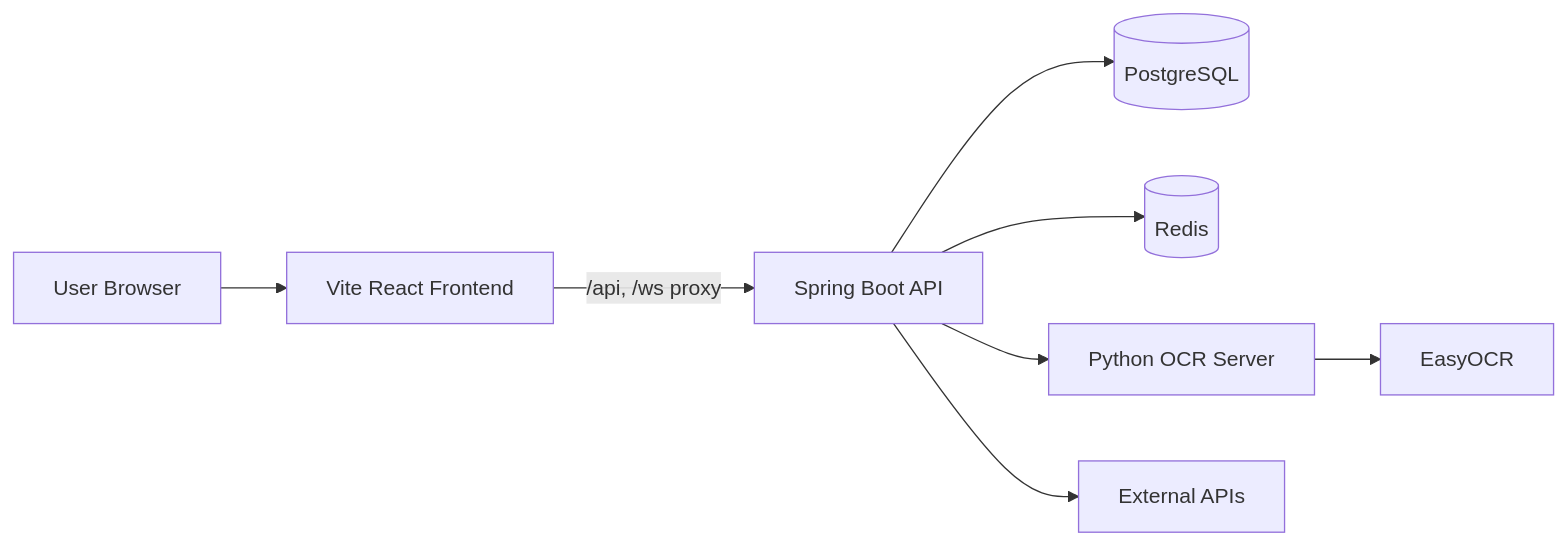
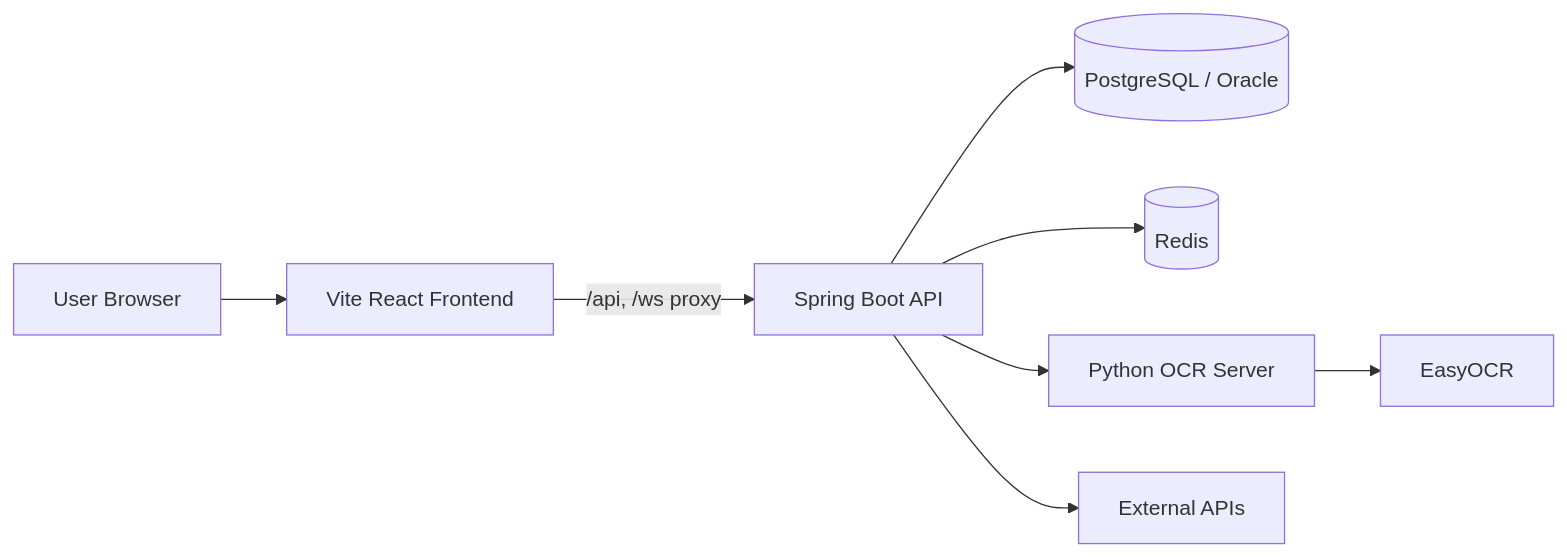
The diagram in README.md (ehhyeong/DevPath), drawn with Mermaid before and after one commit. The commit also changed other lines of this file and 2 other files, not shown here.

````diff
--- a/README.md
+++ b/README.md
@@ -92,10 +92,10 @@
 ```mermaid
 flowchart LR
     U[User Browser] --> F[Vite React Frontend]
     F -->|/api, /ws proxy| B[Spring Boot API]
-    B --> P[(PostgreSQL)]
+    B --> P[(PostgreSQL / Oracle)]
     B --> R[(Redis)]
     B --> O[Python OCR Server]
     B --> X[External APIs]
     O --> E[EasyOCR]
 ```
````
